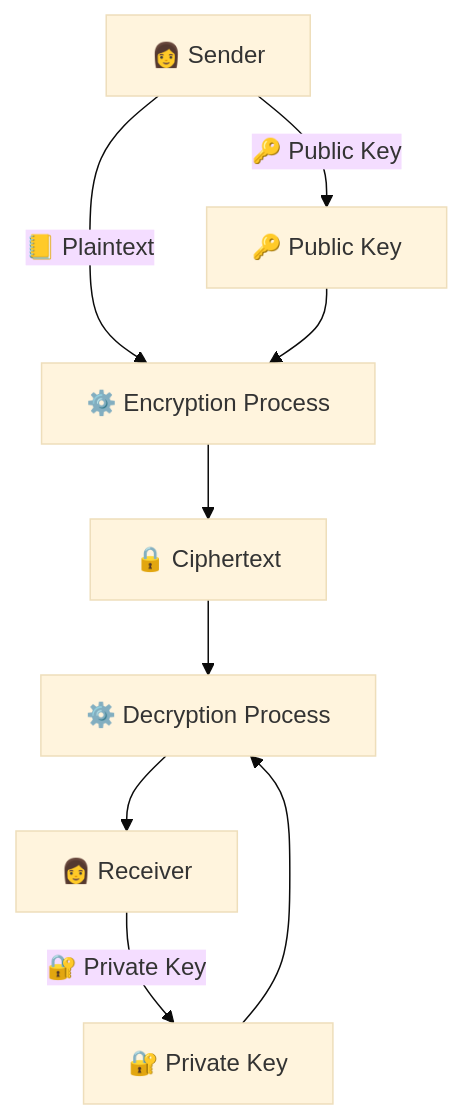
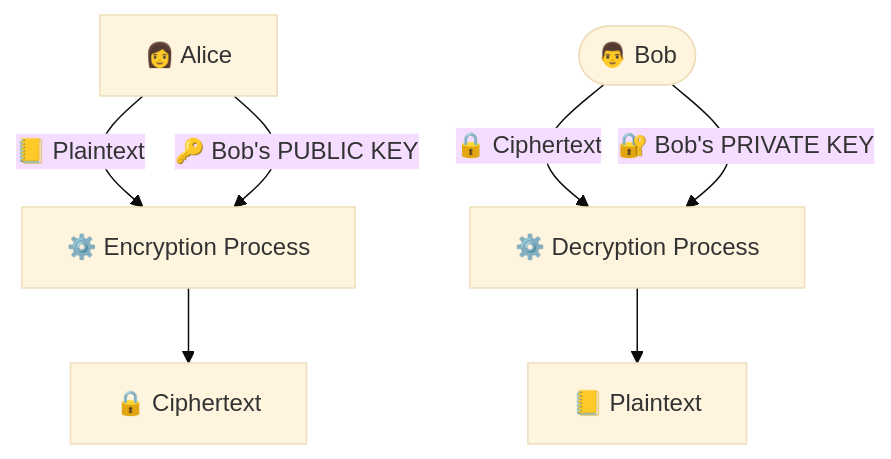
Before and after one commit to cesarsotovalero/cesarsotovalero.github.io: the second of 3 diagrams in _posts/2023/2023-08-13-a-prime-on-public-key-infrastructure.md, drawn with Mermaid. The commit also changed other lines of this file, not shown here.

```diff
--- a/_posts/2023/2023-08-13-a-prime-on-public-key-infrastructure.md
+++ b/_posts/2023/2023-08-13-a-prime-on-public-key-infrastructure.md
@@ -208,14 +233,12 @@
 {% mermaid %}
 %%{init: {'theme':'base'}}%%
 flowchart TB;
-U1(["👩 Sender"]) --> |"📒 Plaintext"| E["⚙️ Encryption Process"]
-PK["🔑 Public Key"]
-PK --> E
+
+U1(["👩 Alice"]) --> |"📒 Plaintext"| E["⚙️ Encryption Process"]
+U1["👩 Alice"] --> |"🔑 Bob's PUBLIC KEY"| E["⚙️ Encryption Process"]
 E --> C["🔒 Ciphertext"]
-C --> D["⚙️ Decryption Process"]
-SK["🔐 Private Key"]
-SK --> D
-D --> U2["📒 Plaintext (Receiver)"]
-U1["👩 Sender"] --> |"🔑 Public Key"| PK
-U2["👩 Receiver"] --> |"🔐 Private Key"| SK
+
+U2(["👨 Bob"]) --> |"🔒 Ciphertext"| D["⚙️ Decryption Process"]
+U2(["👨 Bob"]) --> |"🔐 Bob's PRIVATE KEY"| D["⚙️ Decryption Process"]
+D --> P["📒 Plaintext"]
 {% endmermaid %}
```
